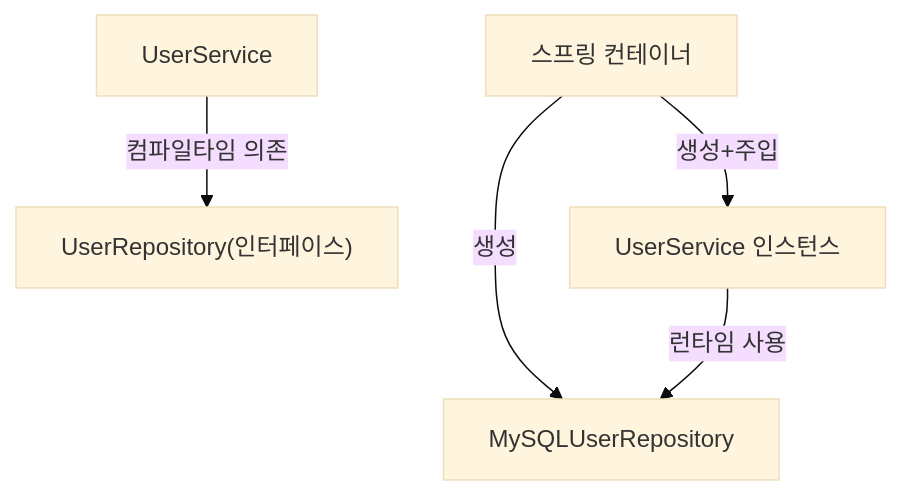
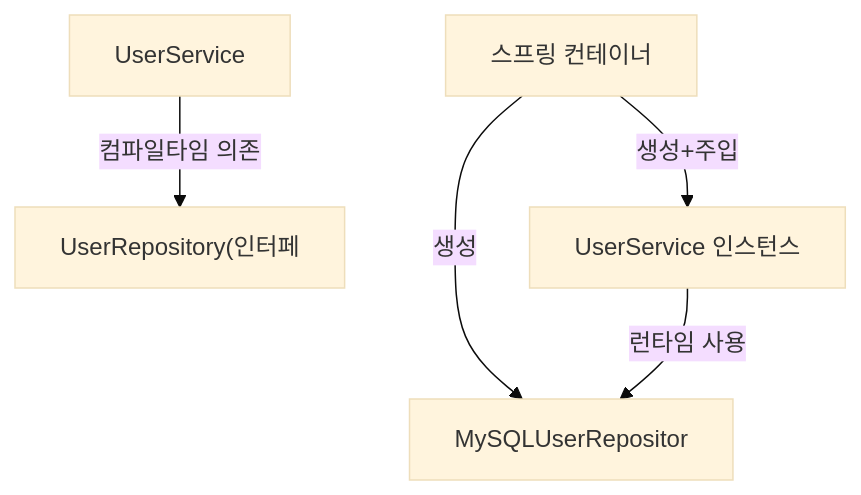
The second of 5 diagrams in _posts/spring/2022-06-16-의존관계 주입(DI).md (yjkim2015/yjkim2015.github.io), drawn with Mermaid (base theme) before and after one commit. The commit also changed other lines of this file and 271 other files, not shown here.

First line of the commit message:
Mermaid 라벨 축소: 긴 노드 텍스트 18자 이하로 트림 + \n 제거

````diff
--- a/_posts/spring/2022-06-16-의존관계 주입(DI).md
+++ b/_posts/spring/2022-06-16-의존관계 주입(DI).md
@@ -68,7 +68,7 @@
 ```mermaid
 graph TD
-    SVC1["UserService"] -->|컴파일타임 의존| IFACE["UserRepository(인터페이스)"]
-    CTX["스프링 컨테이너"] -->|생성| IMPL["MySQLUserRepository"]
+    SVC1["UserService"] -->|컴파일타임 의존| IFACE["UserRepository(인터페"]
+    CTX["스프링 컨테이너"] -->|생성| IMPL["MySQLUserRepositor"]
     CTX -->|생성+주입| SVC2["UserService 인스턴스"]
     SVC2 -->|런타임 사용| IMPL
 ```
````
